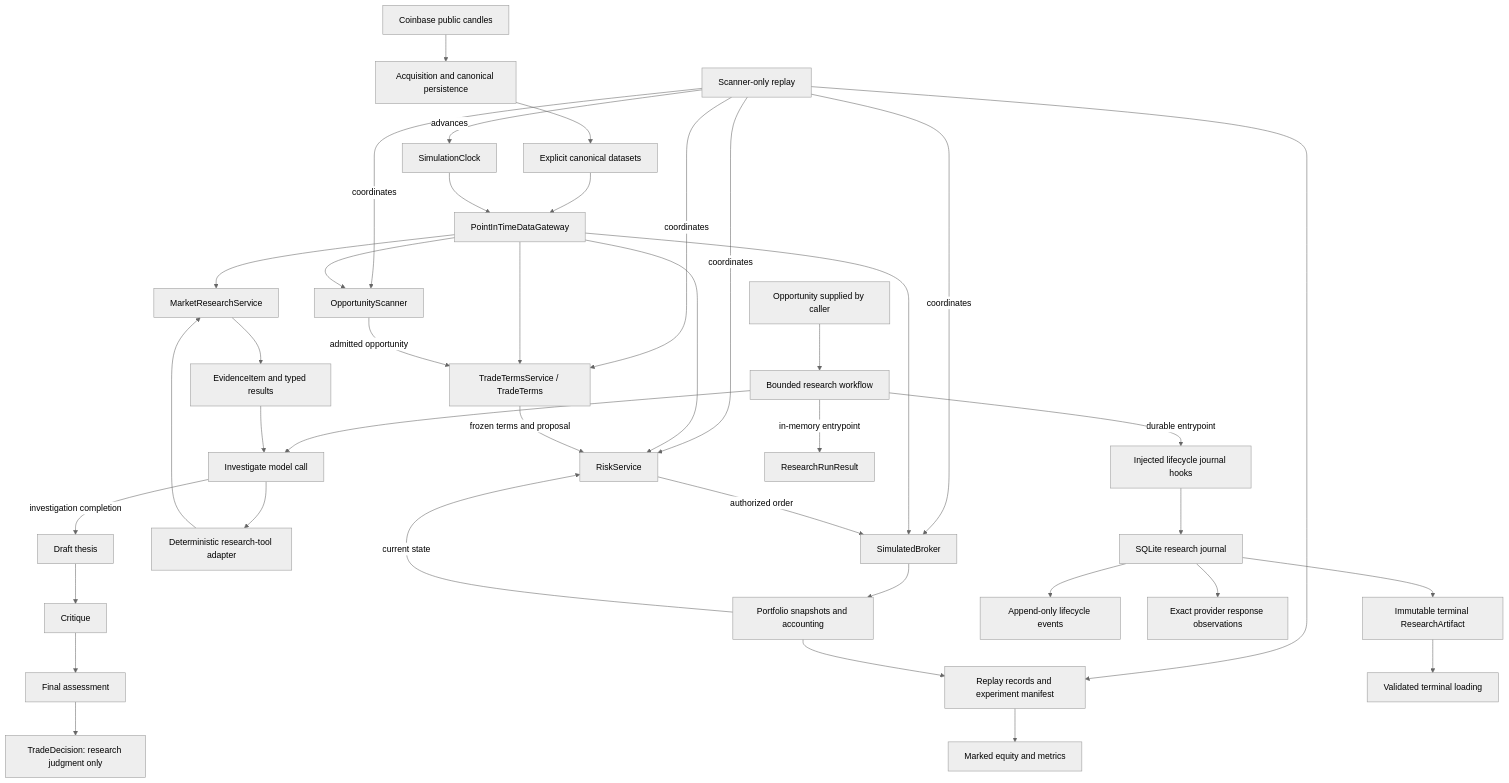
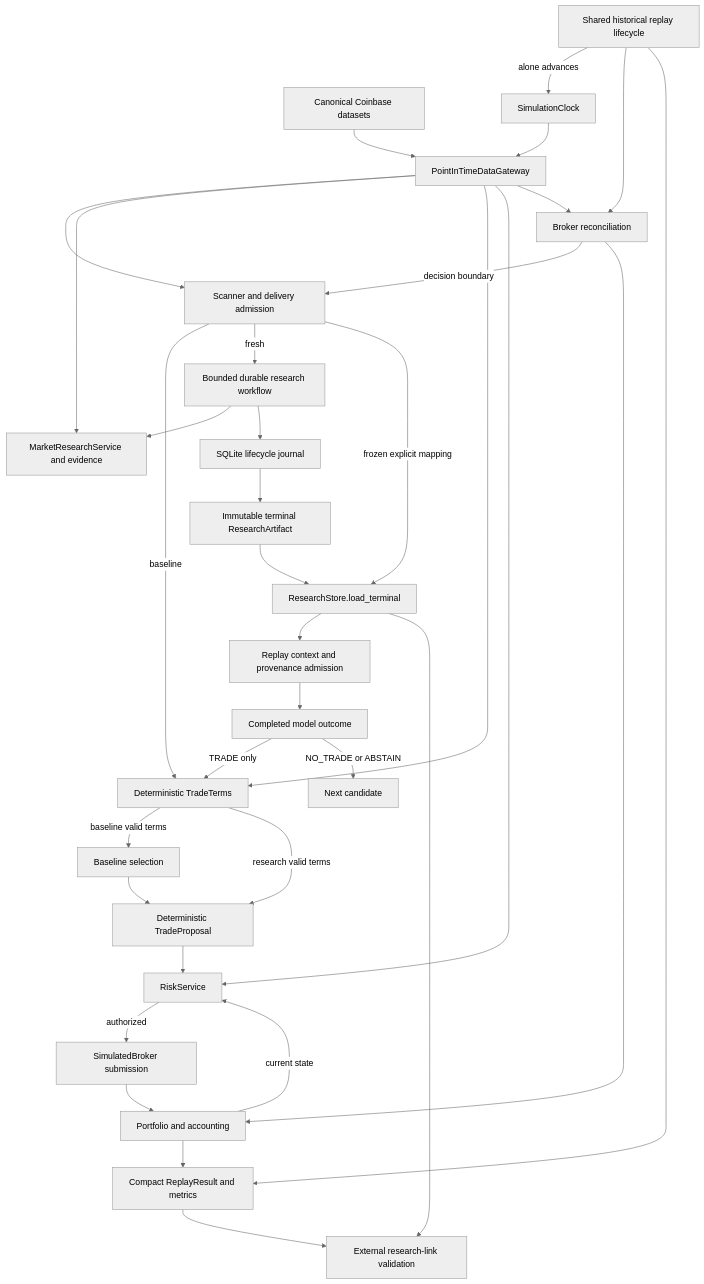
The diagram in docs/architecture.md (ryannteo/crypteo), drawn with Mermaid (neutral theme) before and after one commit. The commit also changed other lines of this file and 7 other files, not shown here.

Commit message:
Document model research historical replay

````diff
--- a/docs/architecture.md
+++ b/docs/architecture.md
@@ -16,42 +16,36 @@
 ```mermaid
 flowchart TD
-    CB[Coinbase public candles] --> DATA[Acquisition and canonical persistence]
-    DATA --> INPUT[Explicit canonical datasets]
-    INPUT --> GW[PointInTimeDataGateway]
+    DATA[Canonical Coinbase datasets] --> GW[PointInTimeDataGateway]
     CLOCK[SimulationClock] --> GW
-    REPLAY[Scanner-only replay] -->|advances| CLOCK
-    REPLAY -->|coordinates| SCAN[OpportunityScanner]
-    REPLAY -->|coordinates| TERMS[TradeTermsService / TradeTerms]
-    REPLAY -->|coordinates| RISK[RiskService]
-    REPLAY -->|coordinates| BROKER[SimulatedBroker]
+    REPLAY[Shared historical replay lifecycle] -->|alone advances| CLOCK
+    REPLAY --> RECON[Broker reconciliation]
+    RECON -->|decision boundary| SCAN[Scanner and delivery admission]
+    SCAN -->|baseline| TERMS[Deterministic TradeTerms]
+    TERMS -->|baseline valid terms| SELECT[Baseline selection]
+    SCAN -->|fresh| WORK[Bounded durable research workflow]
+    WORK --> TOOLS[MarketResearchService and evidence]
+    WORK --> JOURNAL[SQLite lifecycle journal]
+    JOURNAL --> ART[Immutable terminal ResearchArtifact]
+    ART --> LOAD[ResearchStore.load_terminal]
+    SCAN -->|frozen explicit mapping| LOAD
+    LOAD --> ADMIT[Replay context and provenance admission]
+    ADMIT --> OUTCOME[Completed model outcome]
+    OUTCOME -->|TRADE only| TERMS
+    OUTCOME -->|NO_TRADE or ABSTAIN| NEXT[Next candidate]
+    TERMS -->|research valid terms| PROPOSAL[Deterministic TradeProposal]
+    SELECT --> PROPOSAL
+    PROPOSAL --> RISK[RiskService]
+    RISK -->|authorized| BROKER[SimulatedBroker submission]
+    BROKER --> PORT[Portfolio and accounting]
+    RECON --> PORT
+    PORT -->|current state| RISK
     GW --> SCAN
+    GW --> TOOLS
     GW --> TERMS
     GW --> RISK
-    GW --> BROKER
-    SCAN -->|admitted opportunity| TERMS
-    TERMS -->|frozen terms and proposal| RISK
-    RISK -->|authorized order| BROKER
-    BROKER --> PORT[Portfolio snapshots and accounting]
-    PORT -->|current state| RISK
-    REPLAY --> RESULT[Replay records and experiment manifest]
+    GW --> RECON
+    REPLAY --> RESULT[Compact ReplayResult and metrics]
     PORT --> RESULT
-    RESULT --> METRICS[Marked equity and metrics]
-    OP[Opportunity supplied by caller] --> WORK[Bounded research workflow]
-    WORK --> INV[Investigate model call]
-    INV --> ADAPTER[Deterministic research-tool adapter]
-    ADAPTER --> TOOLS[MarketResearchService]
-    GW --> TOOLS
-    TOOLS --> EVIDENCE[EvidenceItem and typed results]
-    EVIDENCE --> INV
-    INV -->|investigation completion| THESIS[Draft thesis]
-    THESIS --> CRITIC[Critique]
-    CRITIC --> FINAL[Final assessment]
-    FINAL --> DECISION[TradeDecision: research judgment only]
-    WORK -->|durable entrypoint| HOOKS[Injected lifecycle journal hooks]
-    HOOKS --> JOURNAL[SQLite research journal]
-    JOURNAL --> EVENTS[Append-only lifecycle events]
-    JOURNAL --> RAW[Exact provider response observations]
-    JOURNAL --> ARTIFACT[Immutable terminal ResearchArtifact]
-    ARTIFACT --> LOAD[Validated terminal loading]
-    WORK -->|in-memory entrypoint| MEMORY[ResearchRunResult]
+    RESULT --> LINKS[External research-link validation]
+    LOAD --> LINKS
 ```
````
